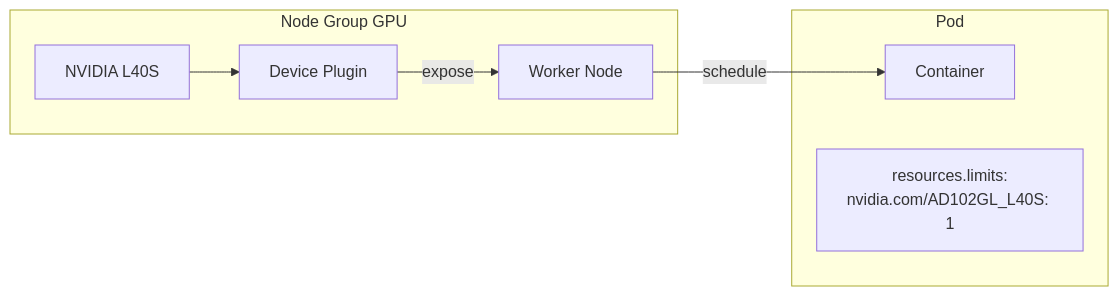
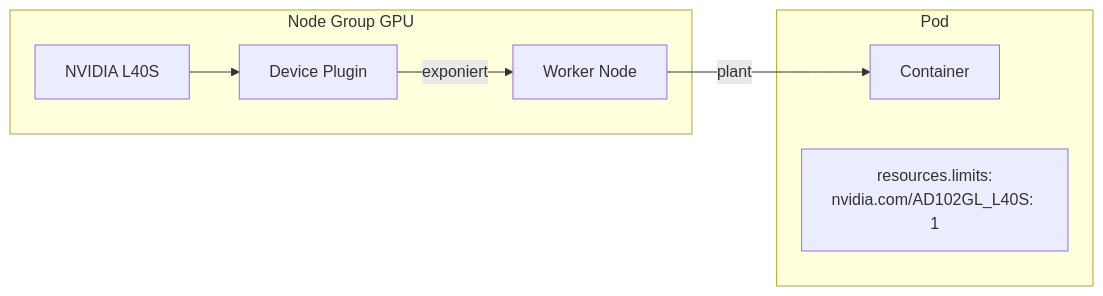
The second of 2 diagrams in i18n/de/docusaurus-plugin-content-docs/current/services/gpu/concepts.md (HidoraSwiss/hikube-public-doc), drawn with Mermaid before and after one commit. The commit also changed other lines of this file and 121 other files, not shown here.

````diff
--- a/i18n/de/docusaurus-plugin-content-docs/current/services/gpu/concepts.md
+++ b/i18n/de/docusaurus-plugin-content-docs/current/services/gpu/concepts.md
@@ -101,17 +101,17 @@
 ```mermaid
 graph LR
     subgraph "Node Group GPU"
         N1[Worker Node]
         GPU[NVIDIA L40S]
         DP[Device Plugin]
     end
 
     subgraph "Pod"
         C[Container]
         RL[resources.limits:<br/>nvidia.com/AD102GL_L40S: 1]
     end
 
     GPU --> DP
-    DP -->|expose| N1
-    N1 -->|schedule| C
+    DP -->|exponiert| N1
+    N1 -->|plant| C
 ```
````
